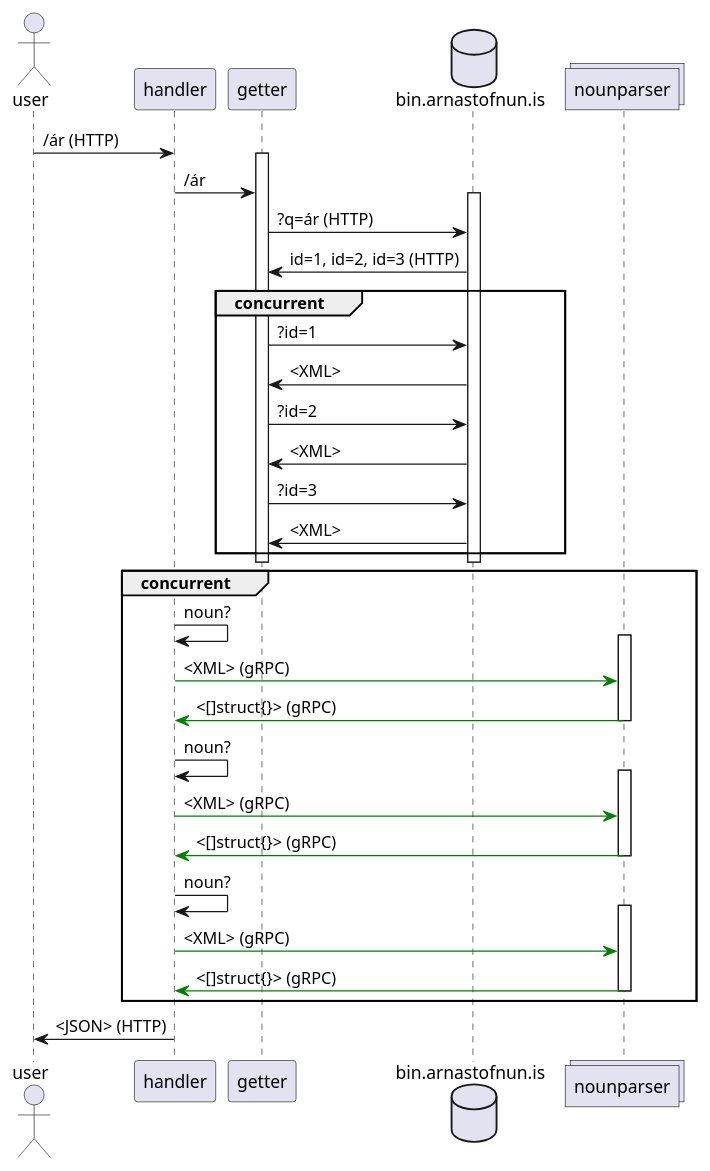
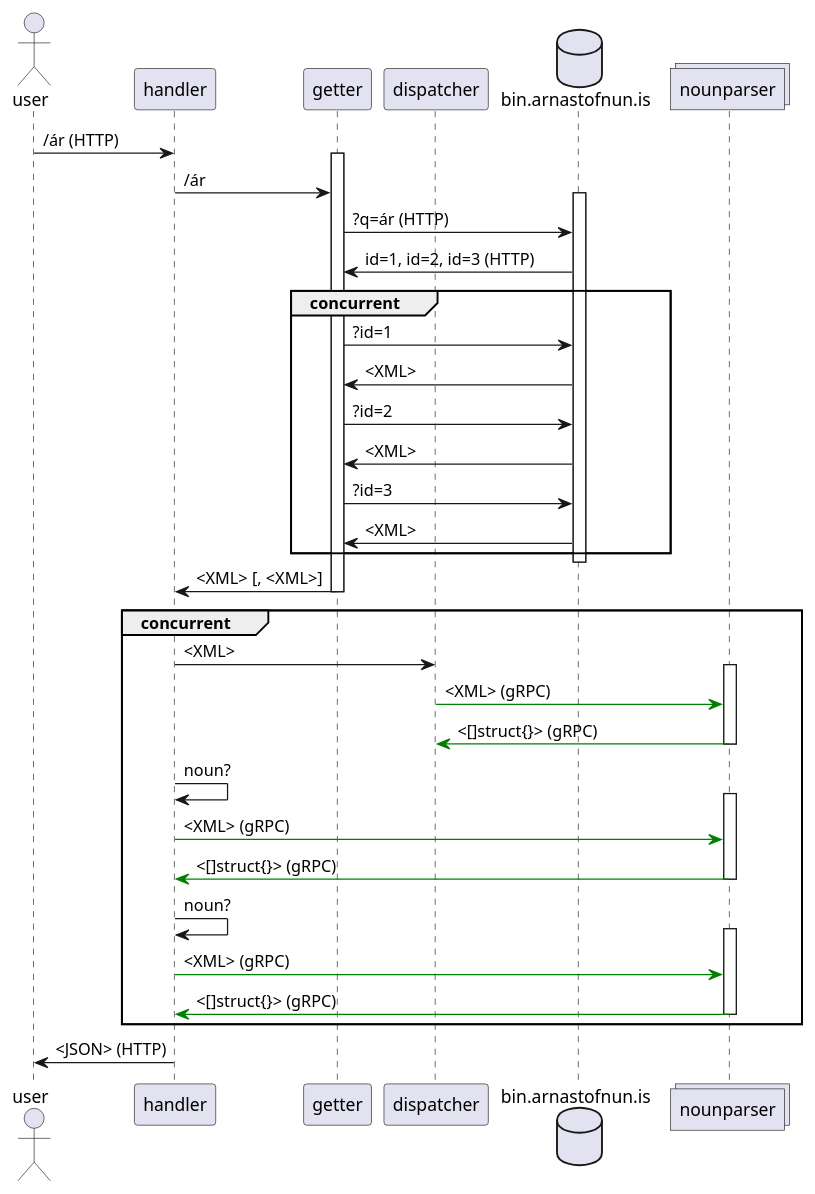
The diagram in nounparser.plantuml (marthjod/binquiry-experimental), drawn with PlantUML before and after one commit. The commit also changed 15 other files, not shown here.

```diff
--- a/nounparser.plantuml
+++ b/nounparser.plantuml
@@ -1,42 +1,44 @@
 @startuml service view
 
 actor user
 participant handler
 participant getter
+participant dispatcher
 database bin.arnastofnun.is
 collections nounparser
 user -> handler: /ár (HTTP)
 activate getter
 handler -> getter: /ár
 activate bin.arnastofnun.is
 getter -> bin.arnastofnun.is: ?q=ár (HTTP)
 getter <- bin.arnastofnun.is: id=1, id=2, id=3 (HTTP)
 group concurrent
 getter -> bin.arnastofnun.is: ?id=1
 getter <- bin.arnastofnun.is: <XML>
 getter -> bin.arnastofnun.is: ?id=2
 getter <- bin.arnastofnun.is: <XML>
 getter -> bin.arnastofnun.is: ?id=3
 getter <- bin.arnastofnun.is: <XML>
 end
 deactivate bin.arnastofnun.is
+handler <- getter: <XML> [, <XML>]
 deactivate getter
 group concurrent
-handler -> handler: noun?
+handler -> dispatcher: <XML>
 activate nounparser
-handler -[#green]> nounparser: <XML> (gRPC)
-handler <[#green]- nounparser: <[]struct{}> (gRPC)
+dispatcher -[#green]> nounparser: <XML> (gRPC)
+dispatcher <[#green]- nounparser: <[]struct{}> (gRPC)
 deactivate nounparser
 handler -> handler: noun?
 activate nounparser
 handler -[#green]> nounparser: <XML> (gRPC)
 handler <[#green]- nounparser: <[]struct{}> (gRPC)
 deactivate nounparser
 handler -> handler: noun?
 activate nounparser
 handler -[#green]> nounparser: <XML> (gRPC)
 handler <[#green]- nounparser: <[]struct{}> (gRPC)
 deactivate nounparser
 end
 user <- handler: <JSON> (HTTP)
 @enduml
```
